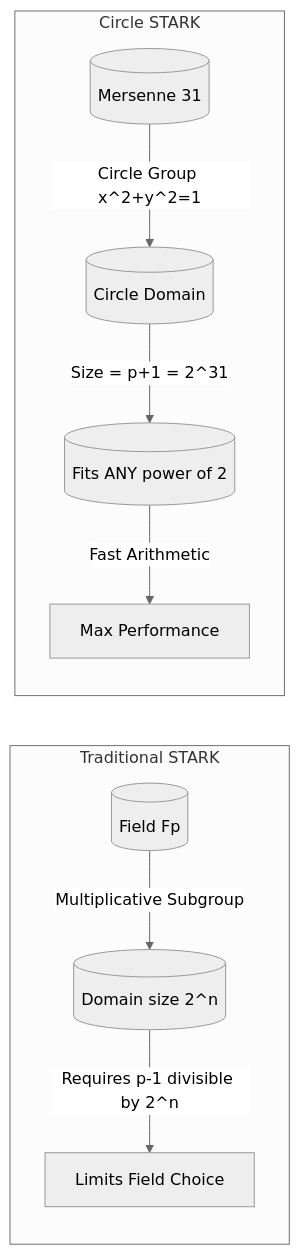
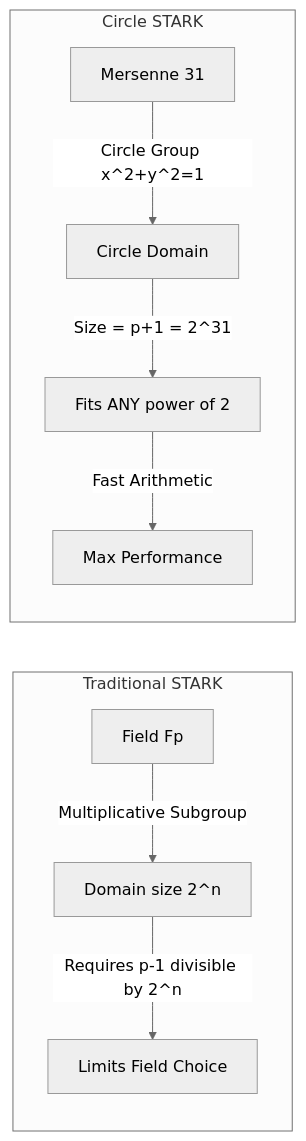
The diagram in ARCHITECTURE.md (this-vishalsingh/zp1), drawn with Mermaid (neutral theme) before and after one commit. The commit also changed other lines of this file and 2 other files, not shown here.

Commit message:
docs: update architecture and readme with current status
- Fix mermaid diagram syntax (flowchart LR, quoted labels)
- Update gap analysis (bitwise ops done, precompiles done)
- Add missing crates to README (delegation, trace, ethereum, cli)
- Document completed features (precompiles, lookup tables)
- Update GPU status to WIP

````diff
--- a/ARCHITECTURE.md
+++ b/ARCHITECTURE.md
@@ -73,13 +72,13 @@
 ```mermaid
-graph LR
-    subgraph Traditional STARK
-        F[("Field Fp")] --> |"Multiplicative Subgroup"| D[("Domain size 2^n")]
-        D --> |"Requires p-1 divisible by 2^n"| Limit["Limits Field Choice"]
+flowchart LR
+    subgraph TS["Traditional STARK"]
+        F["Field Fp"] -->|"Multiplicative Subgroup"| D["Domain size 2^n"]
+        D -->|"Requires p-1 divisible by 2^n"| Limit["Limits Field Choice"]
     end
     
-    subgraph Circle STARK
-        M31[("Mersenne 31")] --> |"Circle Group x^2+y^2=1"| C[("Circle Domain")]
-        C --> |"Size = p+1 = 2^31"| Anypow[("Fits ANY power of 2")]
-        Anypow --> |"Fast Arithmetic"| Speed["Max Performance"]
+    subgraph CS["Circle STARK"]
+        M31["Mersenne 31"] -->|"Circle Group x^2+y^2=1"| C["Circle Domain"]
+        C -->|"Size = p+1 = 2^31"| Anypow["Fits ANY power of 2"]
+        Anypow -->|"Fast Arithmetic"| Speed["Max Performance"]
     end
 ```
````
